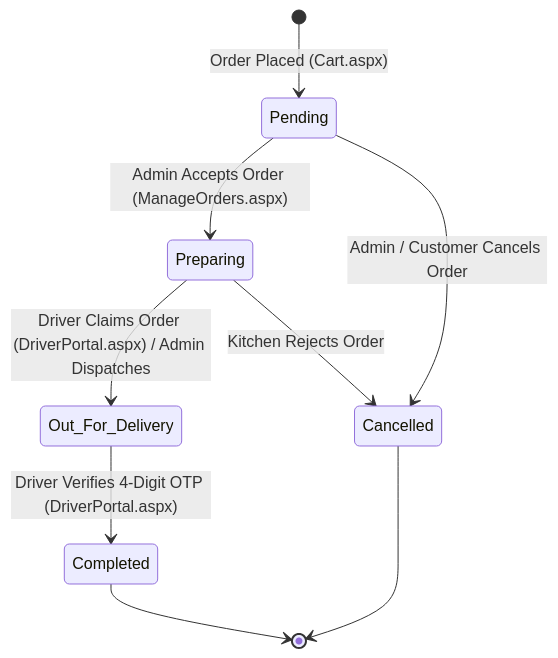
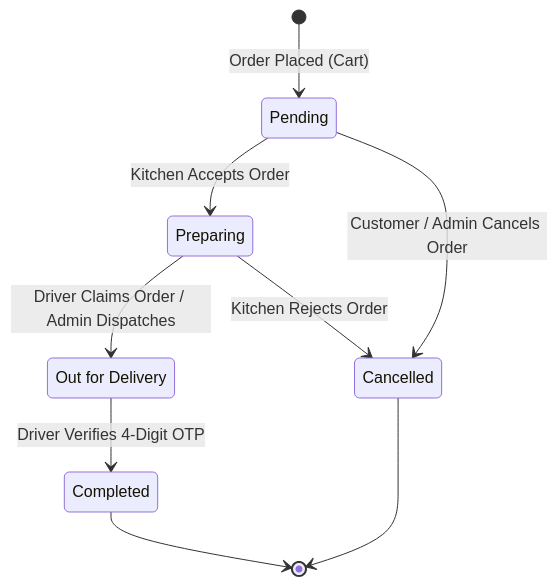
The second of 3 diagrams in README.md (vinitsonii/Cloud-kitchen-management-system), drawn with Mermaid before and after one commit. The commit also changed other lines of this file, not shown here.

````diff
--- a/README.md
+++ b/README.md
@@ -113,11 +83,12 @@
 ```mermaid
 stateDiagram-v2
-    [*] --> Pending : Order Placed (Cart.aspx)
-    Pending --> Preparing : Admin Accepts Order (ManageOrders.aspx)
-    Preparing --> Out_For_Delivery : Driver Claims Order (DriverPortal.aspx) / Admin Dispatches
-    Out_For_Delivery --> Completed : Driver Verifies 4-Digit OTP (DriverPortal.aspx)
-    Pending --> Cancelled : Admin / Customer Cancels Order
+    [*] --> Pending : Order Placed (Cart)
+    Pending --> Preparing : Kitchen Accepts Order
+    state "Out for Delivery" as OutForDelivery
+    Preparing --> OutForDelivery : Driver Claims Order / Admin Dispatches
+    OutForDelivery --> Completed : Driver Verifies 4-Digit OTP
+    Pending --> Cancelled : Customer / Admin Cancels Order
     Preparing --> Cancelled : Kitchen Rejects Order
     Completed --> [*]
     Cancelled --> [*]
 ```
````
